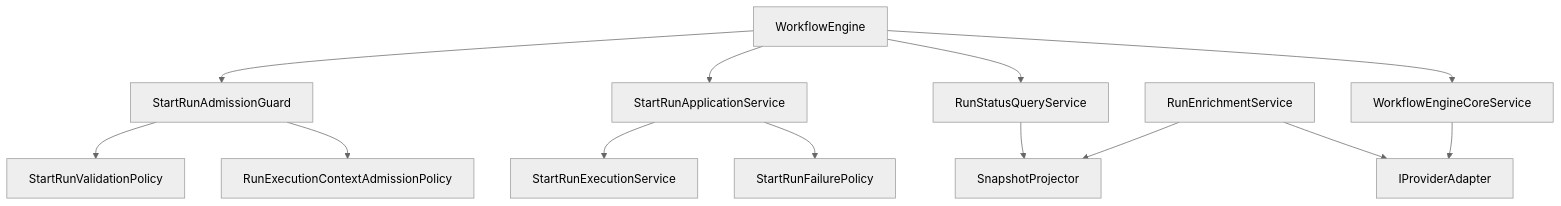
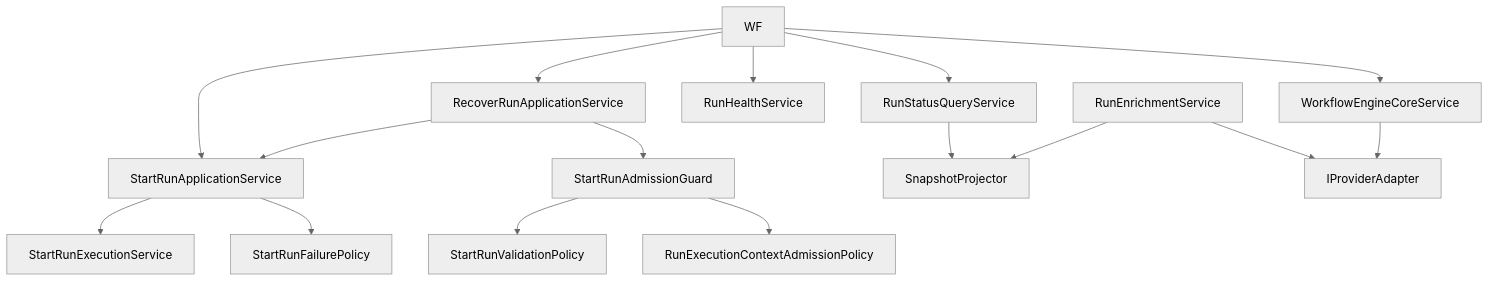
The second of 5 diagrams in docs/architecture/components/engine/architecture/workflow-engine-subsystem-context.md (dunay2/dvt), drawn with Mermaid (neutral theme) before and after one commit. The commit also changed other lines of this file and 17 other files, not shown here.

Commit message:
refactor(engine): Delegate recover-run and health from workflow engine

````diff
--- a/docs/architecture/components/engine/architecture/workflow-engine-subsystem-context.md
+++ b/docs/architecture/components/engine/architecture/workflow-engine-subsystem-context.md
@@ -133,15 +135,18 @@
 ```mermaid
 flowchart TB
-  WF["WorkflowEngine"] --> Guard["StartRunAdmissionGuard"]
   WF --> Coord["StartRunApplicationService"]
+  WF --> Recover["RecoverRunApplicationService"]
   WF --> Query["RunStatusQueryService"]
+  WF --> Health["RunHealthService"]
   WF --> Core["WorkflowEngineCoreService"]
+  Recover --> Guard["StartRunAdmissionGuard"]
+  Recover --> Coord
   Query --> Projector["SnapshotProjector"]
   Enrich["RunEnrichmentService"] --> Projector["SnapshotProjector"]
   Enrich --> Provider["IProviderAdapter"]
   Coord --> Exec["StartRunExecutionService"]
   Coord --> Fail["StartRunFailurePolicy"]
   Core --> Provider
   Guard --> Validation["StartRunValidationPolicy"]
   Guard --> RunCtxPolicy["RunExecutionContextAdmissionPolicy"]
 ```
````
